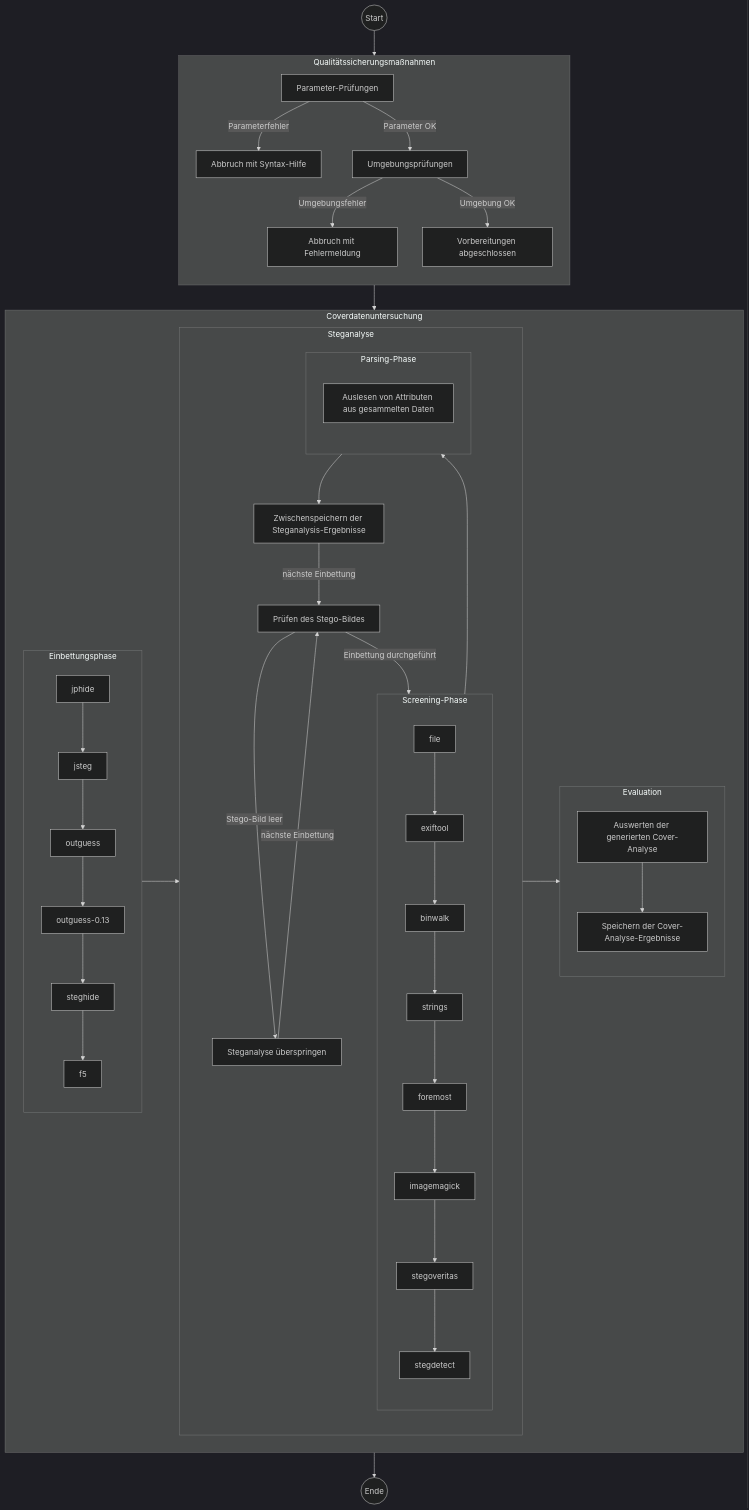
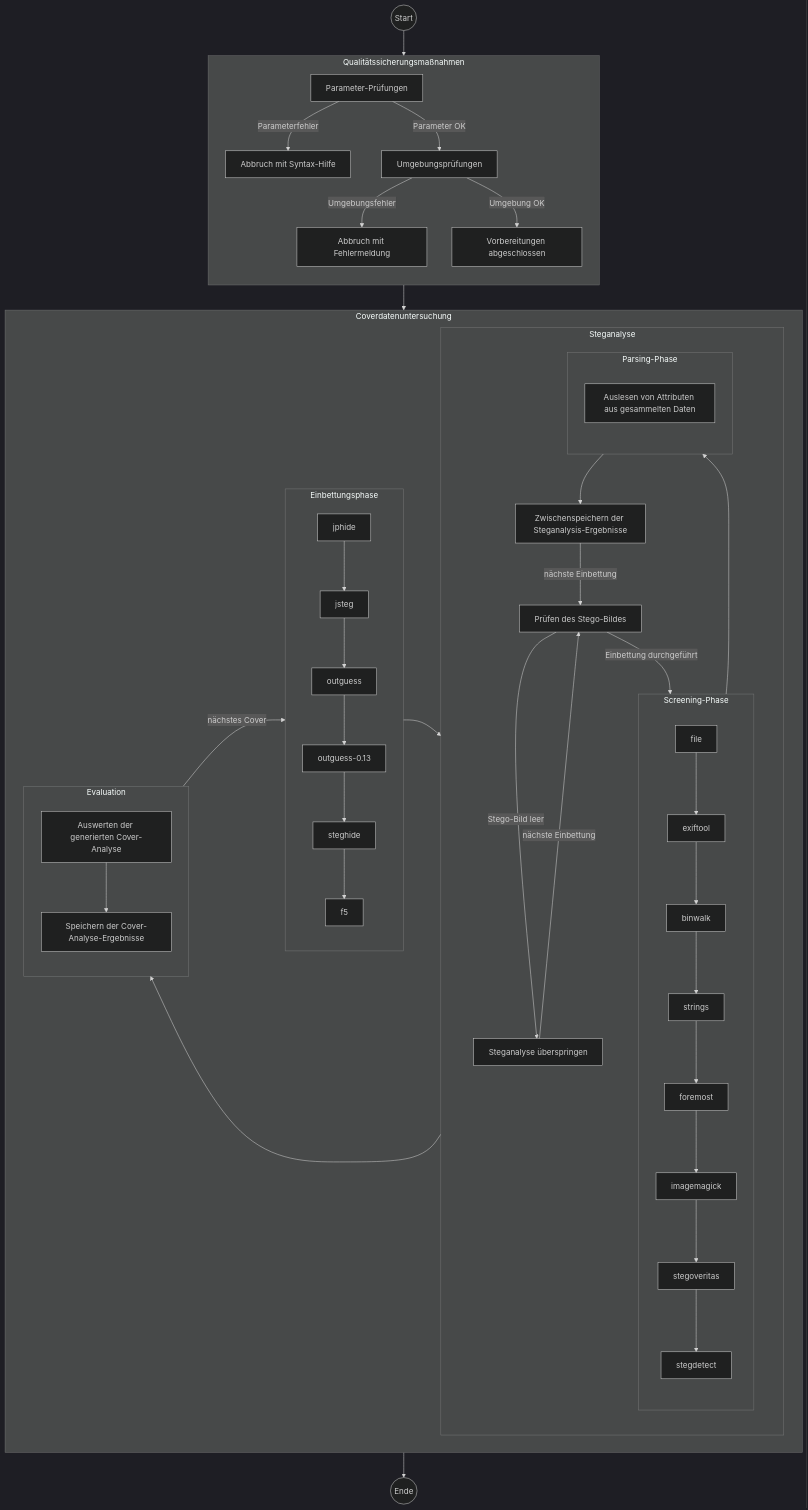
The diagram in SMKITS5/README.md (bh-8/amsl-it-security-projects), drawn with Mermaid (dark theme) before and after one commit.

````diff
--- a/SMKITS5/README.md
+++ b/SMKITS5/README.md
@@ -104,80 +104,81 @@
     ```mermaid
     flowchart TB
       start(("Start"))
       subgraph Qualitätssicherungsmaßnahmen
         direction TB
         paramchecks["Parameter-Prüfungen"]
         aborthelp["Abbruch mit Syntax-Hilfe"]
         envchecks["Umgebungsprüfungen"]
         aborterr["Abbruch mit Fehlermeldung"]
         qa["Vorbereitungen abgeschlossen"]
         paramchecks
         paramchecks--"Parameterfehler"-->aborthelp
         paramchecks--"Parameter OK"-->envchecks
         envchecks--"Umgebungsfehler"-->aborterr
         envchecks--"Umgebung OK"-->qa
       end
       subgraph Coverdatenuntersuchung
         direction LR
         subgraph Einbettungsphase
           direction TB
           jphide["jphide"]
           jsteg["jsteg"]
           outguess["outguess"]
           outguess-0.13["outguess-0.13"]
           steghide["steghide"]
           f5["f5"]
           jphide-->jsteg
           jsteg-->outguess
           outguess-->outguess-0.13
           outguess-0.13-->steghide
           steghide-->f5
         end
         subgraph Steganalyse
           direction TB
           stegocheck["Prüfen des Stego-Bildes"]
           skipempty["Steganalyse überspringen"]
           subgraph Screening-Phase
             direction TB
             file["file"]
             exiftool["exiftool"]
             binwalk["binwalk"]
             strings["strings"]
             foremost["foremost"]
             imagemagick["imagemagick"]
             stegoveritas["stegoveritas"]
             stegdetect["stegdetect"]
             file-->exiftool
             exiftool-->binwalk
             binwalk-->strings
             strings-->foremost
             foremost-->imagemagick
             imagemagick-->stegoveritas
             stegoveritas-->stegdetect
           end
           subgraph Parsing-Phase
             direction TB
             parse["Auslesen von Attributen aus gesammelten Daten"]
           end
           savecsv["Zwischenspeichern der Steganalysis-Ergebnisse"]
           stegocheck--"Stego-Bild leer"-->skipempty
           skipempty--"nächste Einbettung"-->stegocheck
           stegocheck--"Einbettung durchgeführt"-->Screening-Phase
           Screening-Phase-->Parsing-Phase
           Parsing-Phase-->savecsv
           savecsv--"nächste Einbettung"-->stegocheck
         end
         subgraph Evaluation
           direction TB
           eval["Auswerten der generierten Cover-Analyse"]
           saveout["Speichern der Cover-Analyse-Ergebnisse"]
           eval-->saveout
         end
         Einbettungsphase-->Steganalyse
         Steganalyse-->Evaluation
+        Evaluation--"nächstes Cover"-->Einbettungsphase
       end
       finish(("Ende"))
       start-->Qualitätssicherungsmaßnahmen
       Qualitätssicherungsmaßnahmen-->Coverdatenuntersuchung
       Coverdatenuntersuchung-->finish
     ```  
````
